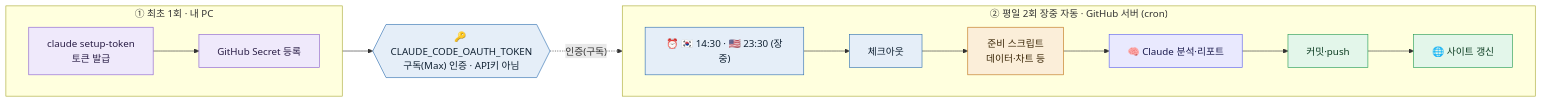
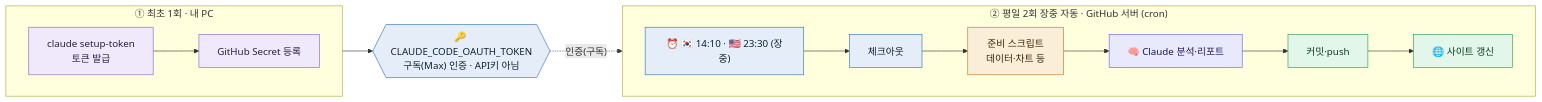
One commit to gks930620/stock-daily changed the first of 2 diagrams in docs/OVERVIEW.md. Above: the diagram before and after it, drawn with Mermaid. The commit also changed other lines of this file and 25 other files, not shown here.

````diff
--- a/docs/OVERVIEW.md
+++ b/docs/OVERVIEW.md
@@ -14,22 +14,22 @@
 ```mermaid
 flowchart LR
   subgraph SETUP["① 최초 1회 · 내 PC"]
     direction LR
     A["claude setup-token<br/>토큰 발급"] --> B["GitHub Secret 등록"]
   end
   B --> KEY{{"🔑 CLAUDE_CODE_OAUTH_TOKEN<br/>구독(Max) 인증 · API키 아님"}}
 
   subgraph DAILY["② 평일 2회 장중 자동 · GitHub 서버 (cron)"]
     direction LR
-    C["⏰ 🇰🇷 14:30 · 🇺🇸 23:30 (장중)"] --> D["체크아웃"] --> E["준비 스크립트<br/>데이터·차트 등"] --> F["🧠 Claude 분석·리포트"] --> G["커밋·push"] --> H["🌐 사이트 갱신"]
+    C["⏰ 🇰🇷 14:10 · 🇺🇸 23:30 (장중)"] --> D["체크아웃"] --> E["준비 스크립트<br/>데이터·차트 등"] --> F["🧠 Claude 분석·리포트"] --> G["커밋·push"] --> H["🌐 사이트 갱신"]
   end
 
   KEY -. "인증(구독)" .-> F
 
   classDef setup fill:#efe9fb,stroke:#8a5fd0,color:#2a1e46;
   classDef cloud fill:#e5eef8,stroke:#2f6fb0,color:#123;
   classDef proc  fill:#fbeed9,stroke:#bf7318,color:#3a2606;
   classDef ai    fill:#e9e9fe,stroke:#5b5ff0,color:#1c1c4d;
   classDef pub   fill:#e3f6ea,stroke:#219a52,color:#0c3d22;
   class A,B setup; class KEY,C,D cloud; class E proc; class F ai; class G,H pub;
 ```
````
